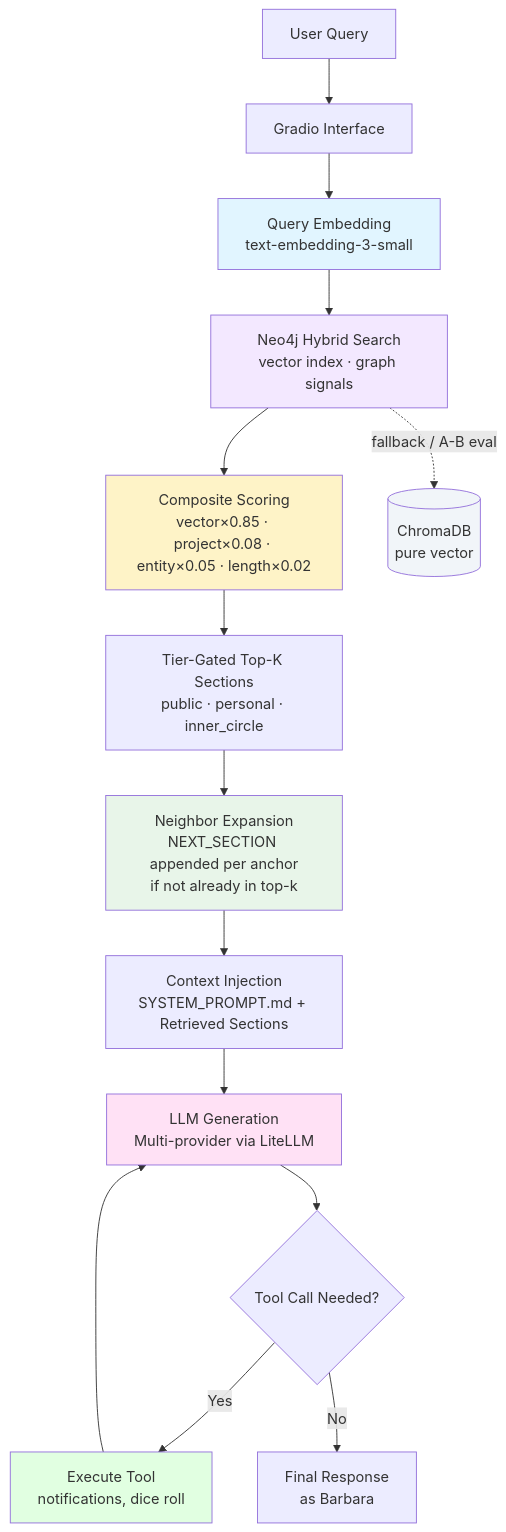
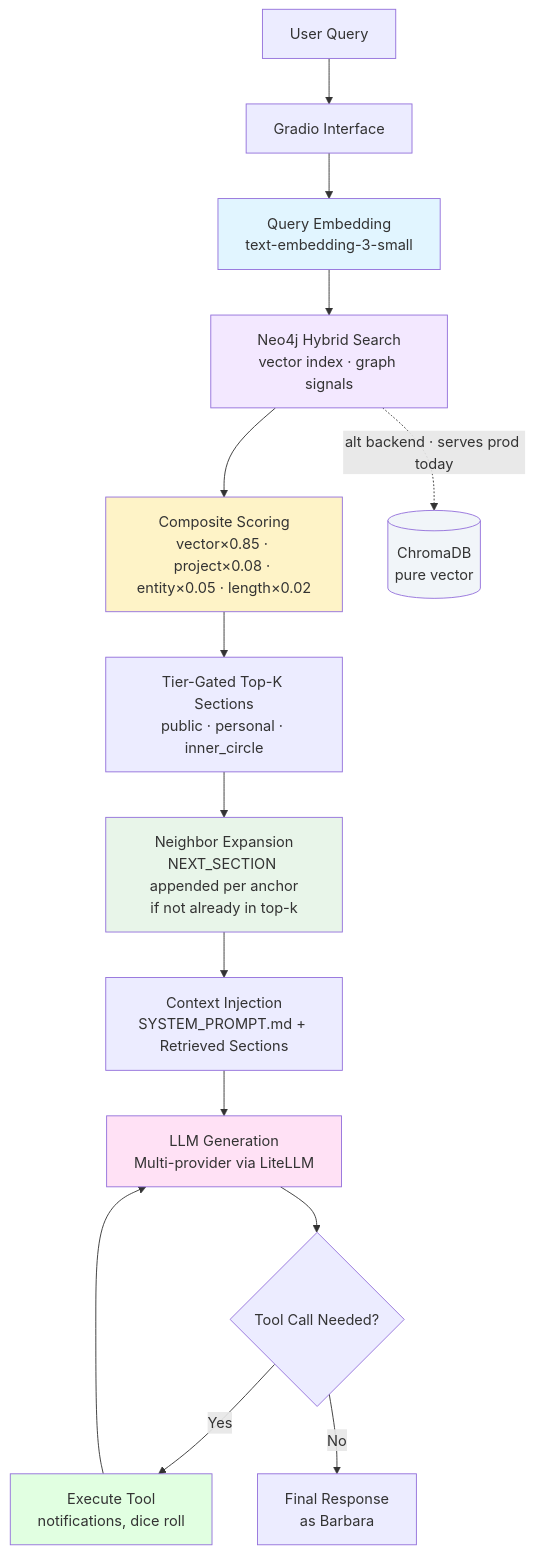
The first of 3 diagrams in docs/DEVELOPER_GUIDE.md (dagny099/barbs-digital-twin), drawn with Mermaid before and after one commit. The commit also changed other lines of this file and 16 other files, not shown here.

````diff
--- a/docs/DEVELOPER_GUIDE.md
+++ b/docs/DEVELOPER_GUIDE.md
@@ -110,24 +110,24 @@
 ```mermaid
 graph TD
     A[User Query] --> B[Gradio Interface]
     B --> C[Query Embedding<br/>text-embedding-3-small]
     C --> D[Neo4j Hybrid Search<br/>vector index · graph signals]
     D --> E[Composite Scoring<br/>vector×0.85 · project×0.08 · entity×0.05 · length×0.02]
     E --> F[Tier-Gated Top-K Sections<br/>public · personal · inner_circle]
     F --> N[Neighbor Expansion<br/>NEXT_SECTION appended per anchor<br/>if not already in top-k]
     N --> G[Context Injection<br/>SYSTEM_PROMPT.md + Retrieved Sections]
     G --> H[LLM Generation<br/>Multi-provider via LiteLLM]
     H --> I{Tool Call Needed?}
     I -->|Yes| J[Execute Tool<br/>notifications, dice roll]
     J --> H
     I -->|No| K[Final Response<br/>as Barbara]
-    D -.->|fallback / A-B eval| L[(ChromaDB<br/>pure vector)]
+    D -.->|alt backend · serves prod today| L[(ChromaDB<br/>pure vector)]
 
     style C fill:#e1f5ff
     style D fill:#f3e8ff
     style E fill:#fef3c7
     style N fill:#e8f5e9
     style H fill:#ffe1f5
     style J fill:#e1ffe1
     style L fill:#f1f5f9
 ```
````
